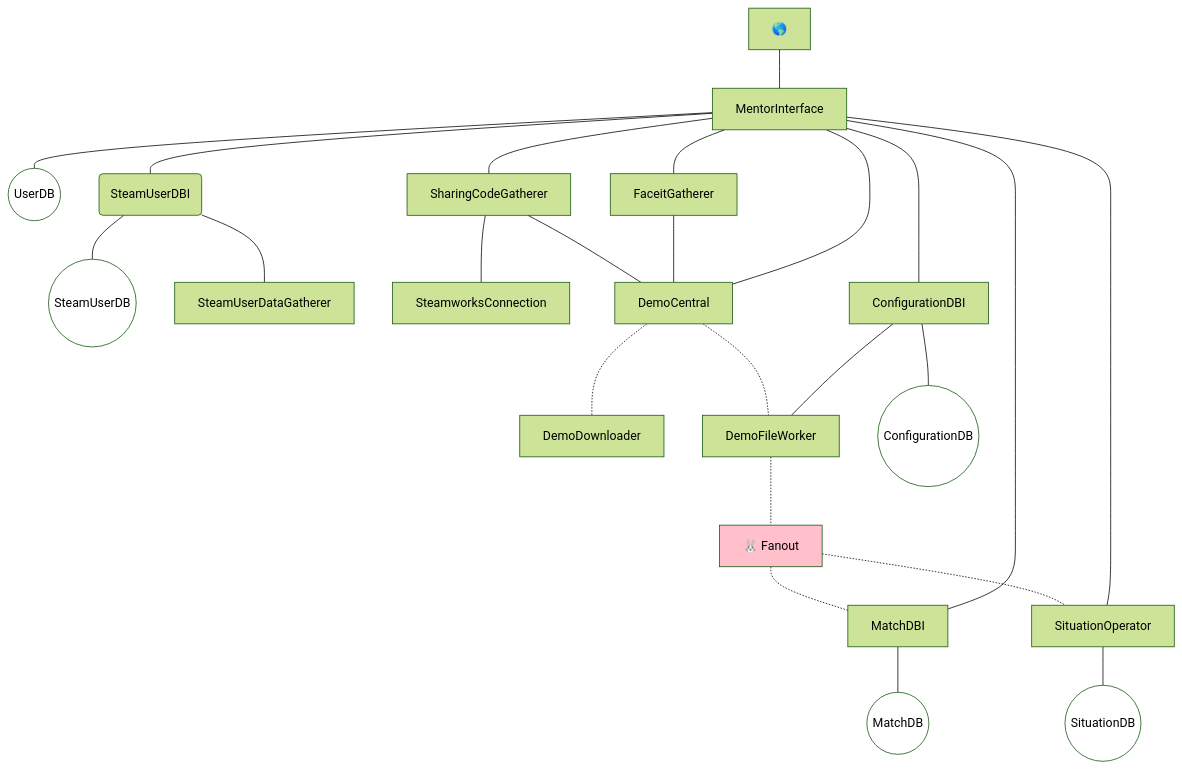
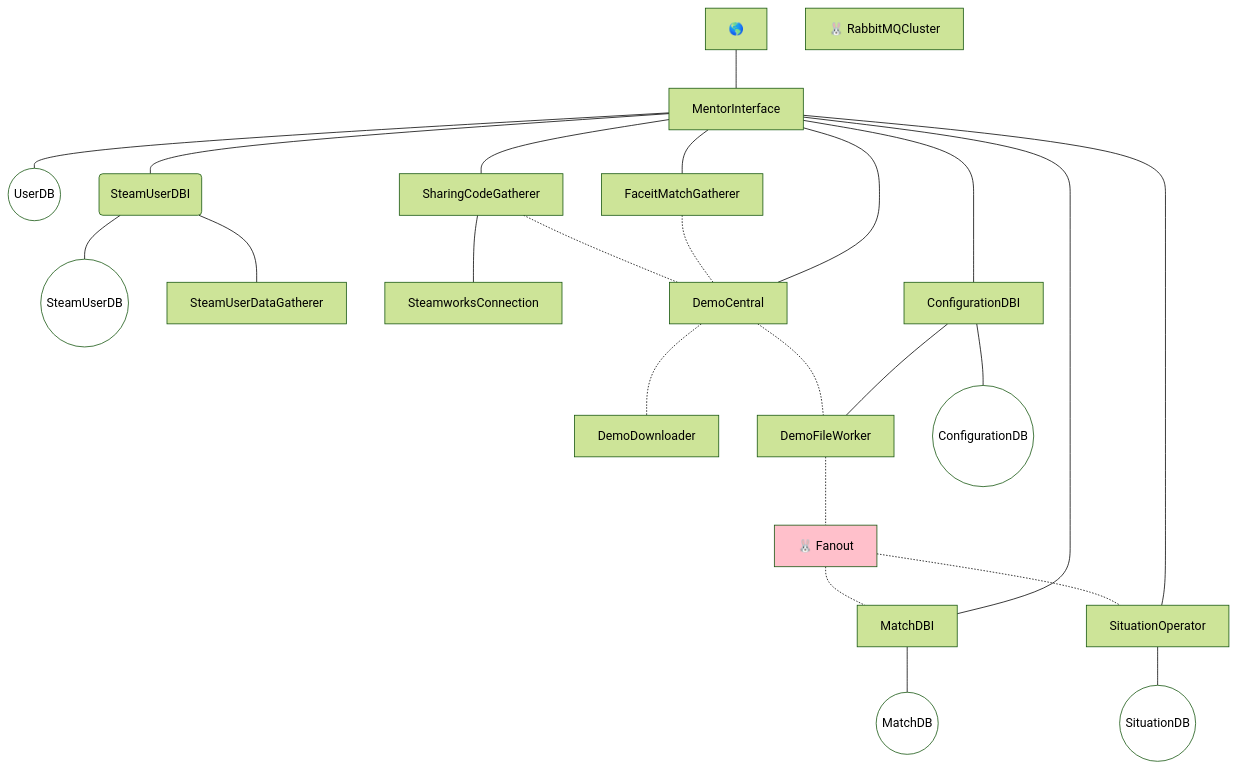
Before and after one commit to KieronKretschmar/MentorGG_ArchitectureDocumentation: the diagram in MentorEngine/README.md, drawn with Mermaid (forest theme). The commit also changed other lines of this file, not shown here.

Commit message:
provide graph with clickable links to make navigating easier

````diff
--- a/MentorEngine/README.md
+++ b/MentorEngine/README.md
@@ -23,39 +31,56 @@
 ```mermaid
 graph TD;
     I["🌎"] --- MI
     MI --- UDB((UserDB));
     
     MI --- SUDBI(SteamUserDBI);
     SUDBI --- SUDB((SteamUserDB));
     SUDBI --- SUDG[SteamUserDataGatherer];
     
     MI --- SCO[SharingCodeGatherer];
     SCO --- SWC[SteamworksConnection];
-    SCO --- DC;
+    SCO -.- DC;
     
-    MI --- FG[FaceitGatherer];
-    FG --- DC;
+    MI --- FG[FaceitMatchGatherer];
+    FG -.- DC;
     
     
     MI --- CDBI[ConfigurationDBI];
     
     MI[MentorInterface] --- DC[DemoCentral];
     DC -.- DD[DemoDownloader];
     DC -.- DFW[DemoFileWorker];
-    DFW -.- RMQ["🐰 Fanout"];
-    RMQ -.- MDBI;
-    RMQ -.- SO;
+    DFW -.- RFO["🐰 Fanout"];
+    RFO -.- MDBI;
+    RFO -.- SO;
     
     CDBI --- DFW;
 
     CDBI --- CDB((ConfigurationDB));
     MI --- MDBI[MatchDBI];
     MI --- SO[SituationOperator];
     SO --- SDB((SituationDB));
     MDBI --- MDB((MatchDB));
 
+    RC["🐰 RabbitMQCluster"];
+
     classDef db fill:white;
     classDef queue fill:pink;
-    class RMQ queue;
+    class RFO queue;
     class UDB,SUDB,CDB,SDB,MDB db;
+
+    click MI,UDB "https://gitlab.com/mentorgg/engine/mentor-interface";
+    click SUDBI,SUDB,SUDG "https://gitlab.com/mentorgg/engine/steamuserprojects";
+    click SCO,SWC "https://gitlab.com/mentorgg/csgo/sharingcodeprojects";
+    click CDBI,CDB "https://gitlab.com/mentorgg/csgo/configurationdbi";
+    click DC "https://gitlab.com/mentorgg/csgo/democentral";
+    click FG "https://gitlab.com/mentorgg/csgo/faceitmatchgatherer";
+    click DFW "https://gitlab.com/mentorgg/csgo/demofileworker";
+    click DD "https://gitlab.com/mentorgg/csgo/demodownloader";
+    click MDBI,MDB "https://gitlab.com/mentorgg/csgo/matchdbi";
+    click RC,RFO "https://gitlab.com/mentorgg/engine/rabbitmqcluster";
+    click SO,SDB "https://gitlab.com/mentorgg/csgo/situationsoperator"
+
+
+    
 ```
````
